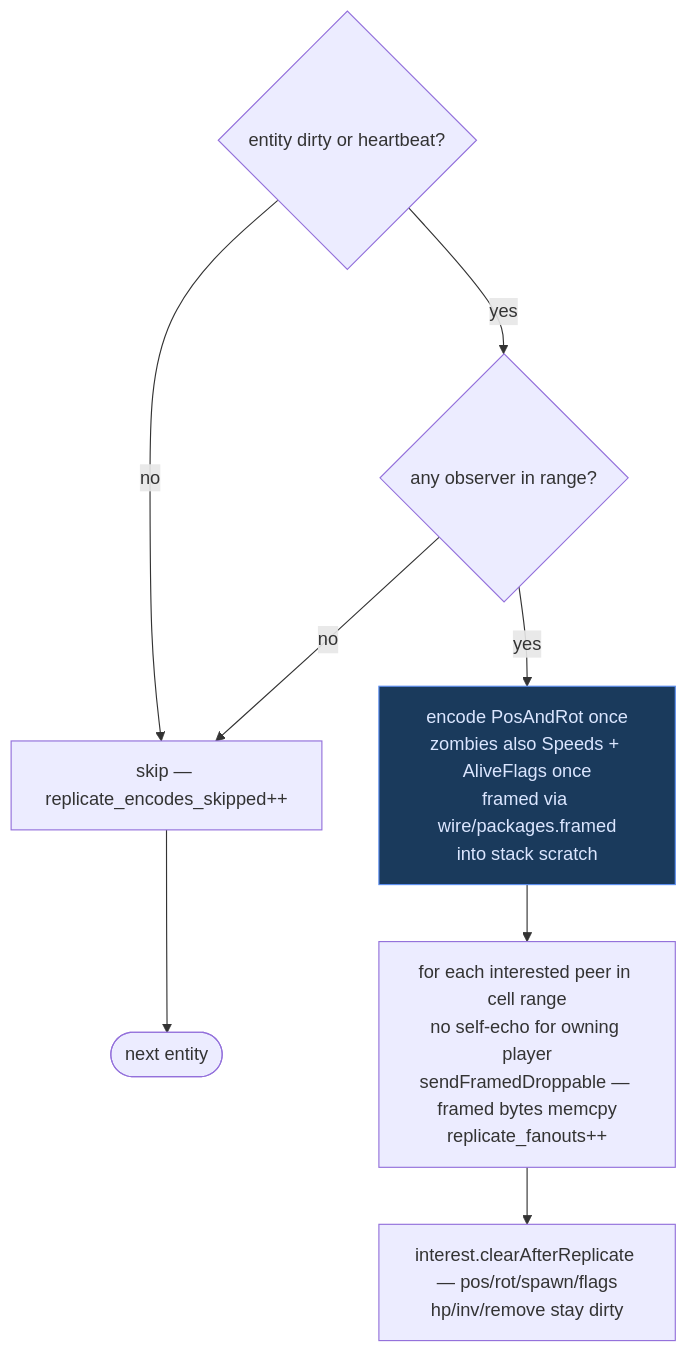
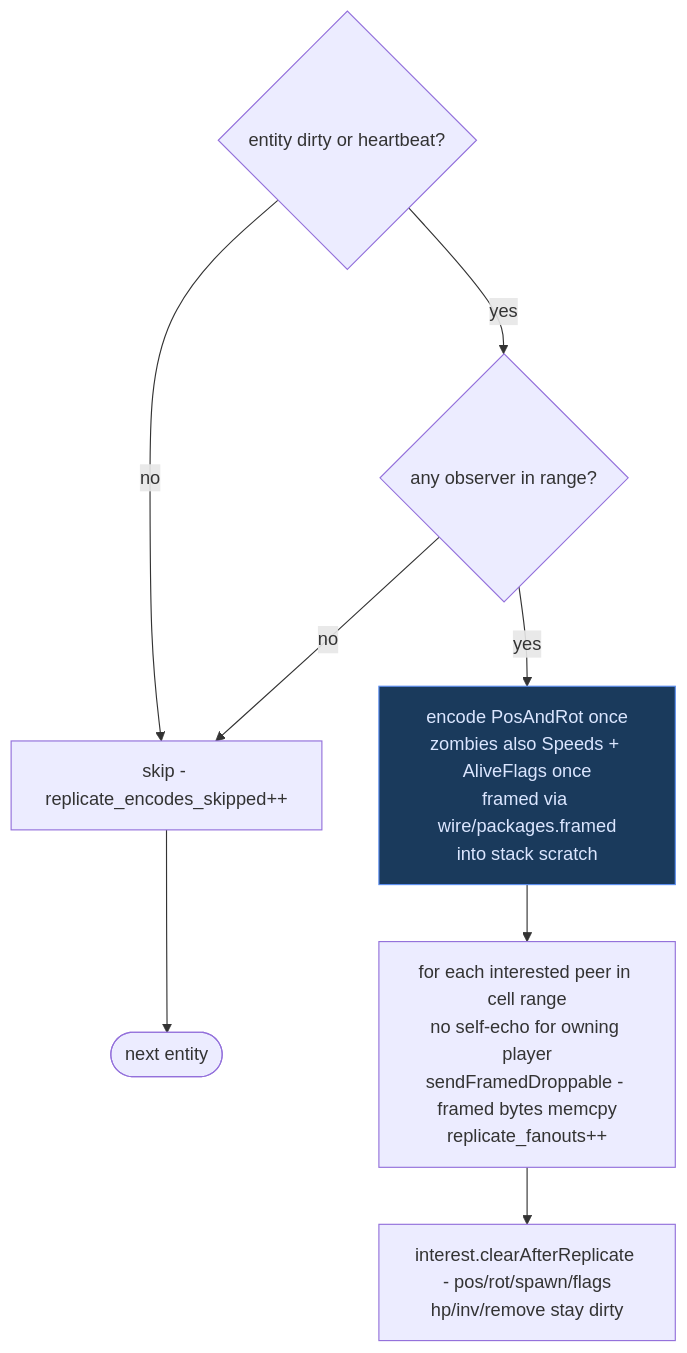
One commit to hordeforge/zdtd-server changed diagram 13 of 19 in docs/ARCHITECTURE.md. Above: the diagram before and after it, drawn with Mermaid. The commit also changed other lines of this file and 118 other files, not shown here.

````diff
--- a/docs/ARCHITECTURE.md
+++ b/docs/ARCHITECTURE.md
@@ -516,15 +516,15 @@
 ```mermaid
 flowchart TB
     DIRTY{entity dirty or heartbeat?}
-    DIRTY -- no --> SKIP[skip — replicate_encodes_skipped++]
+    DIRTY -- no --> SKIP[skip - replicate_encodes_skipped++]
     DIRTY -- yes --> GATE{any observer in range?}
     GATE -- no --> SKIP
     GATE -- yes --> ENC2[encode PosAndRot once<br/>zombies also Speeds + AliveFlags once<br/>framed via wire/packages.framed<br/>into stack scratch]
 
-    ENC2 --> FANOUT[for each interested peer in cell range<br/>no self-echo for owning player<br/>sendFramedDroppable — framed bytes memcpy<br/>replicate_fanouts++]
-    FANOUT --> CLEAR[interest.clearAfterReplicate — pos/rot/spawn/flags<br/>hp/inv/remove stay dirty]
+    ENC2 --> FANOUT[for each interested peer in cell range<br/>no self-echo for owning player<br/>sendFramedDroppable - framed bytes memcpy<br/>replicate_fanouts++]
+    FANOUT --> CLEAR[interest.clearAfterReplicate - pos/rot/spawn/flags<br/>hp/inv/remove stay dirty]
     SKIP --> NEXT([next entity])
 
     classDef once fill:#1a3a5c,stroke:#5b8def,color:#dbe6ff
     class ENC2 once
 ```
````
